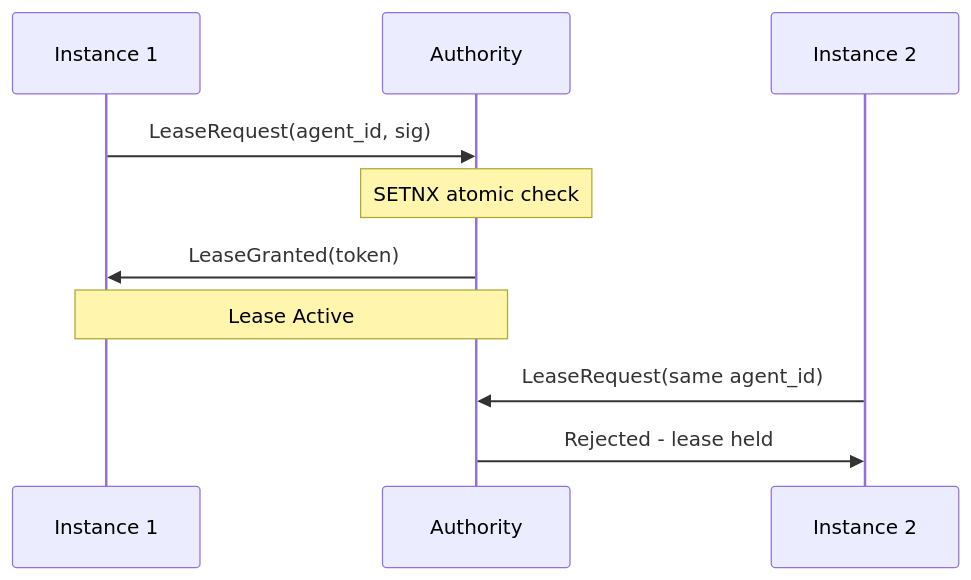
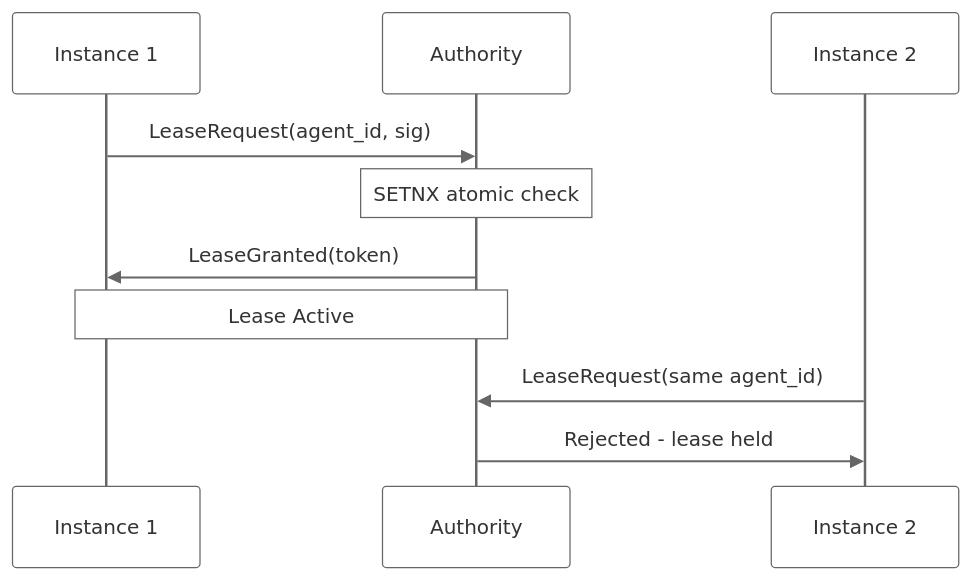
One commit to trustorno/sigaid changed the fourth of 7 diagrams in README.md. Above: the diagram before and after it, drawn with Mermaid. The commit also changed other lines of this file, not shown here.

Commit message:
Consistent white background for all diagrams

````diff
--- a/README.md
+++ b/README.md
@@ -125,15 +94,16 @@
 ```mermaid
+%%{init: {'theme': 'base', 'themeVariables': { 'actorBkg': '#fff', 'actorBorder': '#666', 'actorTextColor': '#333', 'signalColor': '#666', 'signalTextColor': '#333', 'noteBkgColor': '#fff', 'noteBorderColor': '#666'}}}%%
 sequenceDiagram
     participant I1 as Instance 1
     participant Auth as Authority
     participant I2 as Instance 2
 
     I1->>Auth: LeaseRequest(agent_id, sig)
     Note over Auth: SETNX atomic check
     Auth->>I1: LeaseGranted(token)
 
     Note over I1,Auth: Lease Active
 
     I2->>Auth: LeaseRequest(same agent_id)
     Auth->>I2: Rejected - lease held
 ```
````
